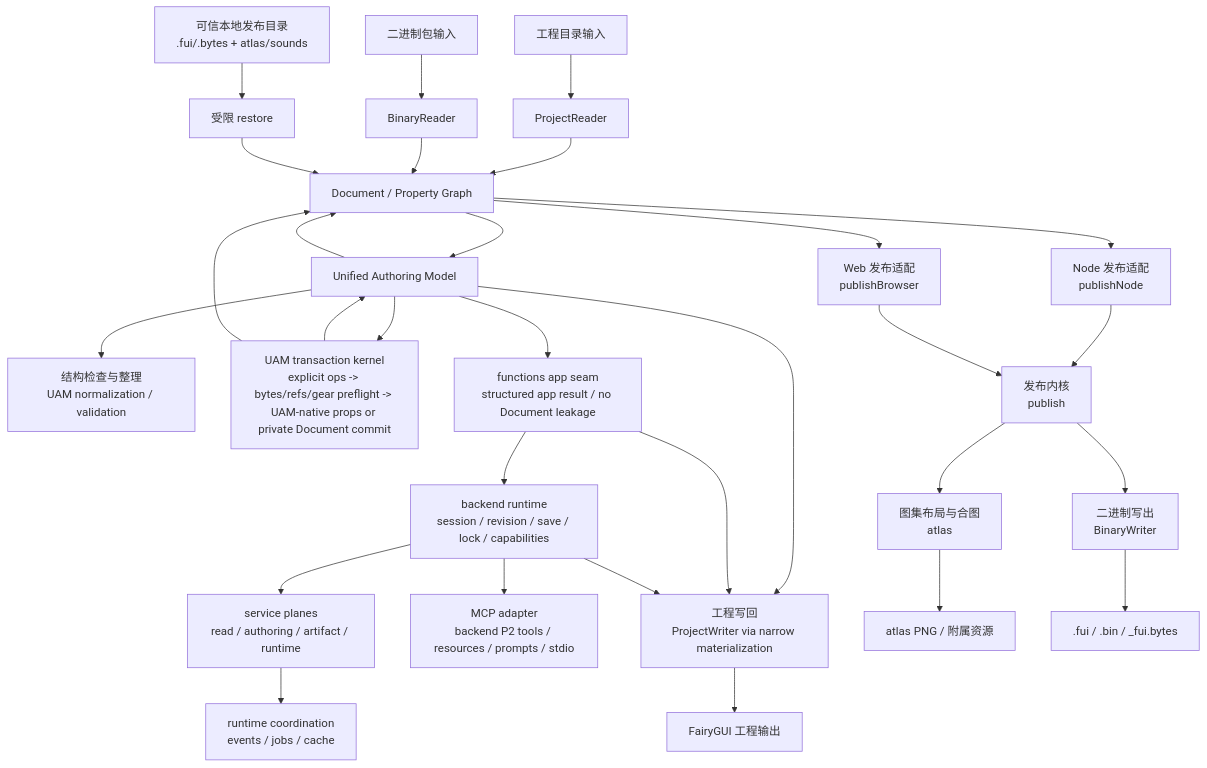
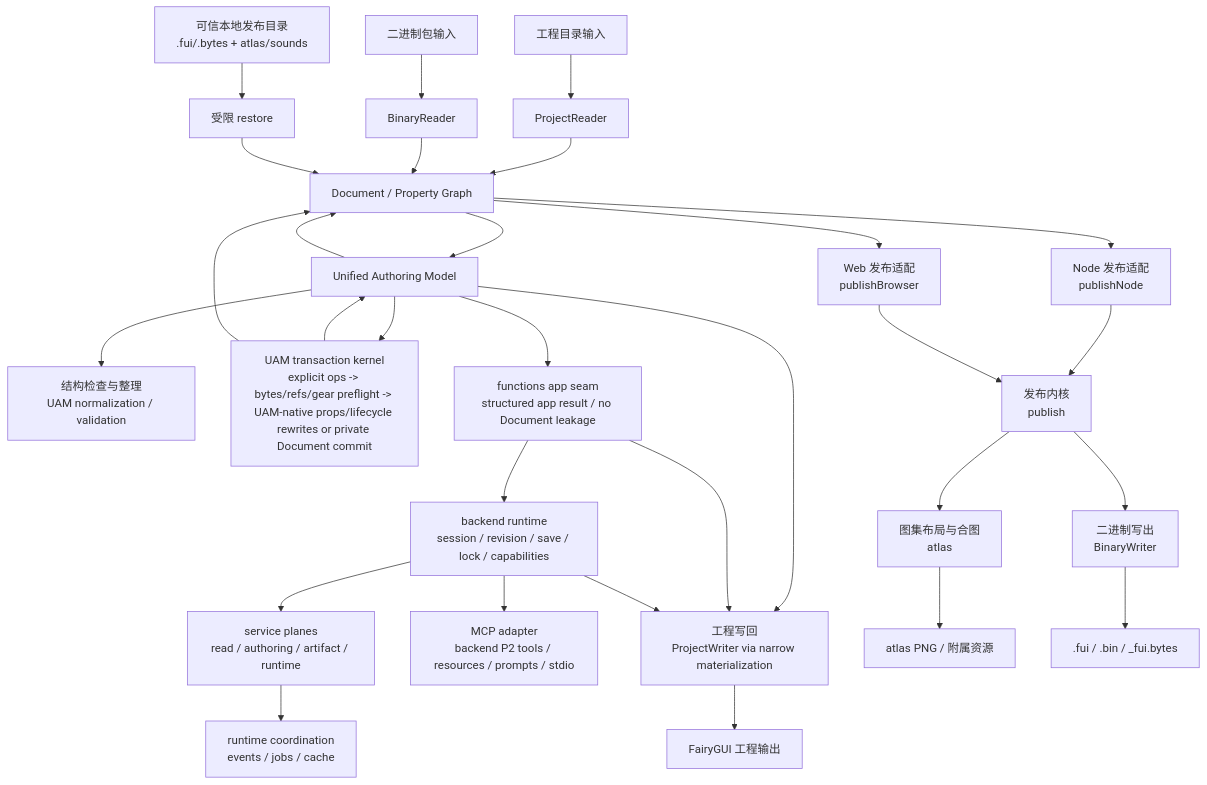
One commit to OpenFairyGUI/OpenFairyGUI changed the second of 2 diagrams in docs/architecture-overview.md. Above: the diagram before and after it, drawn with Mermaid. The commit also changed other lines of this file and 3 other files, not shown here.

Commit message:
fix: allow atomic component lifecycle rewrites

````diff
--- a/docs/architecture-overview.md
+++ b/docs/architecture-overview.md
@@ -285,32 +285,32 @@
 ```mermaid
 flowchart TD
     A["工程目录输入"] --> B["ProjectReader"]
     X["二进制包输入"] --> Y["BinaryReader"]
     R["可信本地发布目录<br/>.fui/.bytes + atlas/sounds"] --> S["受限 restore"]
     B --> C["Document / Property Graph"]
     Y --> C
     S --> C
     C --> U["Unified Authoring Model"]
     U --> D["结构检查与整理<br/>UAM normalization / validation"]
-    U --> T["UAM transaction kernel<br/>explicit ops -> bytes/refs/gear preflight -> UAM-native props or private Document commit"]
+    U --> T["UAM transaction kernel<br/>explicit ops -> bytes/refs/gear preflight -> UAM-native props/lifecycle rewrites or private Document commit"]
     U --> A2["functions app seam<br/>structured app result / no Document leakage"]
     A2 --> B2["backend runtime<br/>session / revision / save / lock / capabilities"]
     B2 --> B3["service planes<br/>read / authoring / artifact / runtime"]
     B3 --> B4["runtime coordination<br/>events / jobs / cache"]
     B2 --> M1["MCP adapter<br/>backend P2 tools / resources / prompts / stdio"]
     T --> U
     T --> C
     U --> F["工程写回<br/>ProjectWriter via narrow materialization"]
     A2 --> F
     B2 --> F
     U --> C
     C --> EN["Node 发布适配<br/>publishNode"]
     C --> EW["Web 发布适配<br/>publishBrowser"]
     EN --> E["发布内核<br/>publish"]
     EW --> E
     E --> G["图集布局与合图<br/>atlas"]
     E --> H["二进制写出<br/>BinaryWriter"]
     F --> I["FairyGUI 工程输出"]
     G --> J["atlas PNG / 附属资源"]
     H --> K[".fui / .bin / _fui.bytes"]
 ```
````
